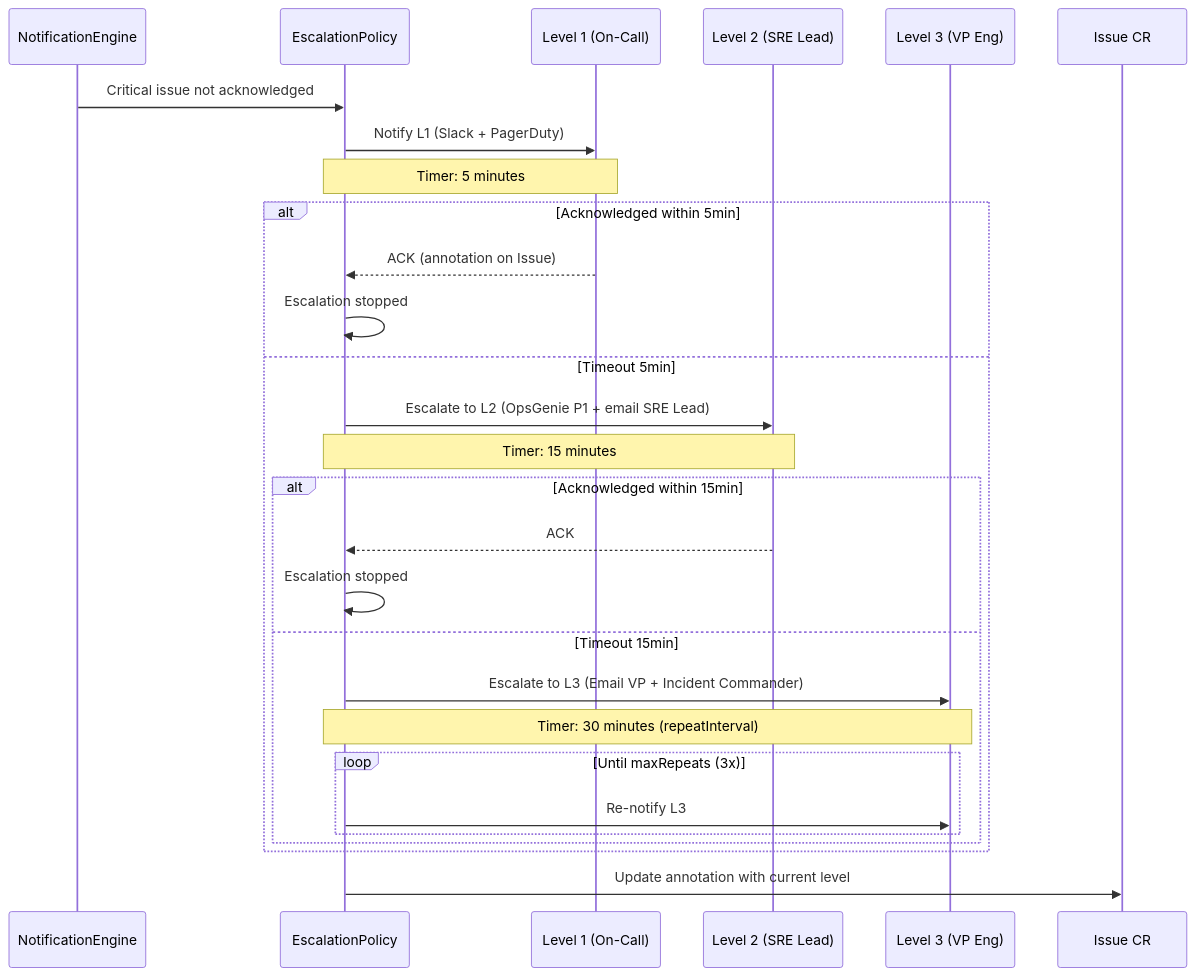
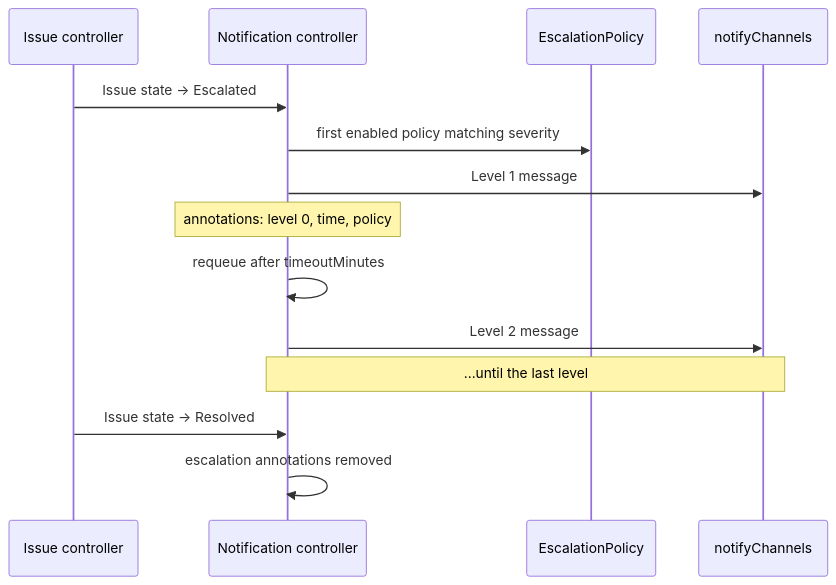
The second of 2 diagrams in features/aiops/notifications.mdx (diillson/chatcli.ai), drawn with Mermaid before and after one commit. The commit also changed other lines of this file and 126 other files, not shown here.

````diff
--- a/features/aiops/notifications.mdx
+++ b/features/aiops/notifications.mdx
@@ -635,35 +627,17 @@
 ```mermaid
 sequenceDiagram
-    participant NE as NotificationEngine
+    participant IC as Issue controller
+    participant NC as Notification controller
     participant EP as EscalationPolicy
-    participant L1 as Level 1 (On-Call)
-    participant L2 as Level 2 (SRE Lead)
-    participant L3 as Level 3 (VP Eng)
-    participant ISS as Issue CR
+    participant CH as notifyChannels
 
-    NE->>EP: Critical issue not acknowledged
-    EP->>L1: Notify L1 (Slack + PagerDuty)
-    Note over EP,L1: Timer: 5 minutes
-
-    alt Acknowledged within 5min
-        L1-->>EP: ACK (annotation on Issue)
-        EP->>EP: Escalation stopped
-    else Timeout 5min
-        EP->>L2: Escalate to L2 (OpsGenie P1 + email SRE Lead)
-        Note over EP,L2: Timer: 15 minutes
-
-        alt Acknowledged within 15min
-            L2-->>EP: ACK
-            EP->>EP: Escalation stopped
-        else Timeout 15min
-            EP->>L3: Escalate to L3 (Email VP + Incident Commander)
-            Note over EP,L3: Timer: 30 minutes (repeatInterval)
-
-            loop Until maxRepeats (3x)
-                EP->>L3: Re-notify L3
-            end
-        end
-    end
-
-    EP->>ISS: Update annotation with current level
+    IC->>NC: Issue state → Escalated
+    NC->>EP: first enabled policy matching severity
+    NC->>CH: Level 1 message
+    Note over NC: annotations: level 0, time, policy
+    NC->>NC: requeue after timeoutMinutes
+    NC->>CH: Level 2 message
+    Note over NC,CH: ...until the last level
+    IC->>NC: Issue state → Resolved
+    NC->>NC: escalation annotations removed
 ```
````
